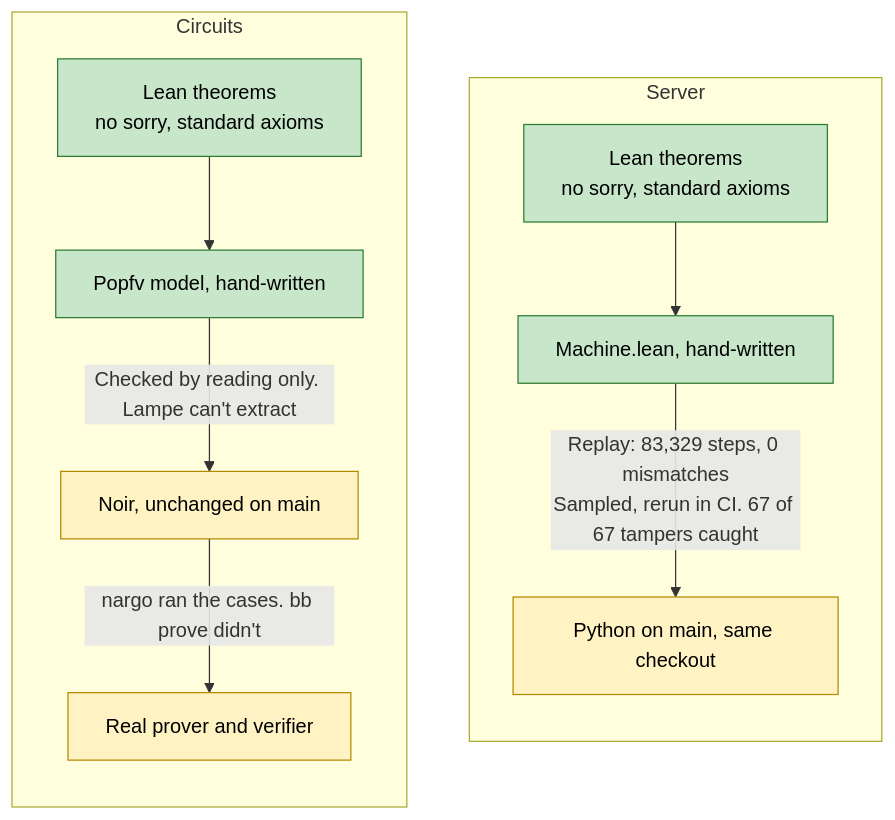
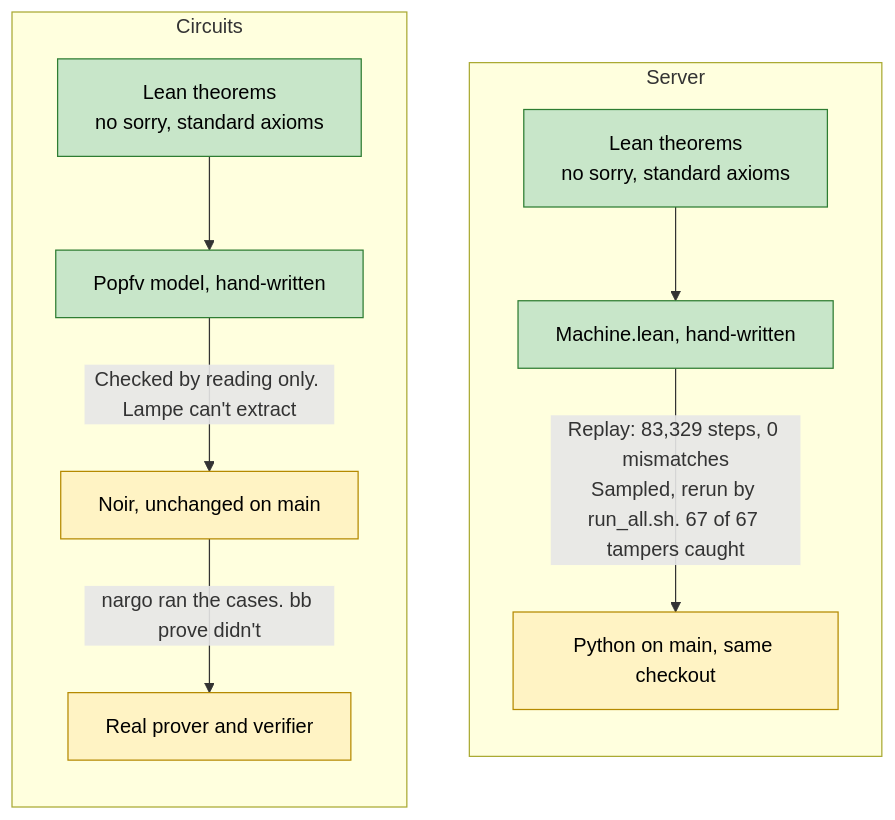
One commit to tawago/enconomy changed the third of 3 diagrams in fv/v1/docs/coverage.md. Above: the diagram before and after it, drawn with Mermaid. The commit also changed 3 other files, not shown here.

Commit message:
fv: drop the CI workflow, run_all.sh is run by hand

````diff
--- a/fv/v1/docs/coverage.md
+++ b/fv/v1/docs/coverage.md
@@ -67,25 +67,25 @@
 ```mermaid
 flowchart TB
     subgraph S["Server"]
         direction TB
         s1["Lean theorems<br/>no sorry, standard axioms"]:::good
         s2["Machine.lean, hand-written"]:::good
         s3["Python on main, same checkout"]:::part
         s1 --> s2
-        s2 -- "Replay: 83,329 steps, 0 mismatches<br/>Sampled, rerun in CI. 67 of 67 tampers caught" --> s3
+        s2 -- "Replay: 83,329 steps, 0 mismatches<br/>Sampled, rerun by run_all.sh. 67 of 67 tampers caught" --> s3
     end
     subgraph C["Circuits"]
         direction TB
         c1["Lean theorems<br/>no sorry, standard axioms"]:::good
         c2["Popfv model, hand-written"]:::good
         c3["Noir, unchanged on main"]:::part
         c4["Real prover and verifier"]:::part
         c1 --> c2
         c2 -- "Checked by reading only. Lampe can't extract" --> c3
         c3 -- "nargo ran the cases. bb prove didn't" --> c4
     end
 
     classDef good fill:#c8e6c9,stroke:#2e7d32,color:#000
     classDef part fill:#fff3c4,stroke:#b58900,color:#000
     classDef hole fill:#ffcdd2,stroke:#c62828,color:#000
 ```
````
